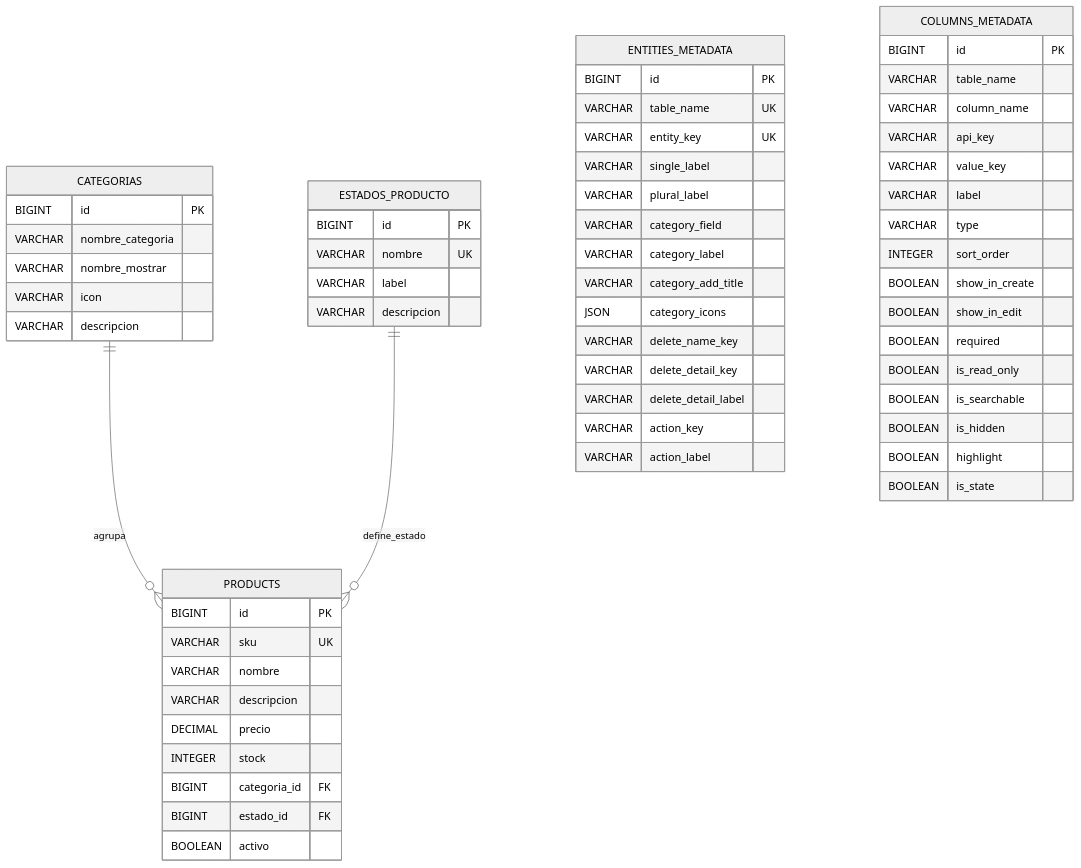
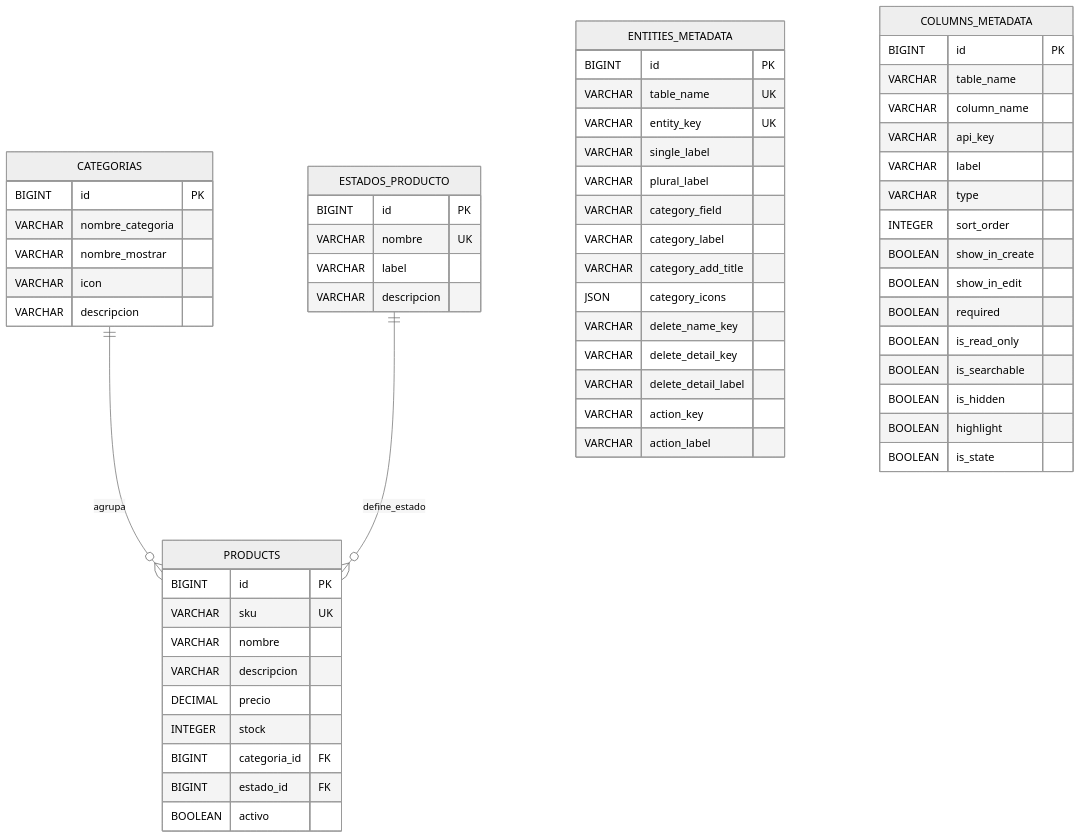
One commit to Fervivi/products-api changed the diagram in README.md. Above: the diagram before and after it, drawn with Mermaid (neutral theme). The commit also changed other lines of this file and 4 other files, not shown here.

````diff
--- a/README.md
+++ b/README.md
@@ -40,68 +40,67 @@
 ```mermaid
 erDiagram
     CATEGORIAS {
         BIGINT id PK
         VARCHAR nombre_categoria
         VARCHAR nombre_mostrar
         VARCHAR icon
         VARCHAR descripcion
     }
 
     ESTADOS_PRODUCTO {
         BIGINT id PK
         VARCHAR nombre UK
         VARCHAR label
         VARCHAR descripcion
     }
 
     PRODUCTS {
         BIGINT id PK
         VARCHAR sku UK
         VARCHAR nombre
         VARCHAR descripcion
         DECIMAL precio
         INTEGER stock
         BIGINT categoria_id FK
         BIGINT estado_id FK
         BOOLEAN activo
     }
 
     ENTITIES_METADATA {
         BIGINT id PK
         VARCHAR table_name UK
         VARCHAR entity_key UK
         VARCHAR single_label
         VARCHAR plural_label
         VARCHAR category_field
         VARCHAR category_label
         VARCHAR category_add_title
         JSON category_icons
         VARCHAR delete_name_key
         VARCHAR delete_detail_key
         VARCHAR delete_detail_label
         VARCHAR action_key
         VARCHAR action_label
     }
 
     COLUMNS_METADATA {
         BIGINT id PK
         VARCHAR table_name
         VARCHAR column_name
         VARCHAR api_key
-        VARCHAR value_key
         VARCHAR label
         VARCHAR type
         INTEGER sort_order
         BOOLEAN show_in_create
         BOOLEAN show_in_edit
         BOOLEAN required
         BOOLEAN is_read_only
         BOOLEAN is_searchable
         BOOLEAN is_hidden
         BOOLEAN highlight
         BOOLEAN is_state
     }
 
     CATEGORIAS ||--o{ PRODUCTS : agrupa
     ESTADOS_PRODUCTO ||--o{ PRODUCTS : define_estado
 ```
````
